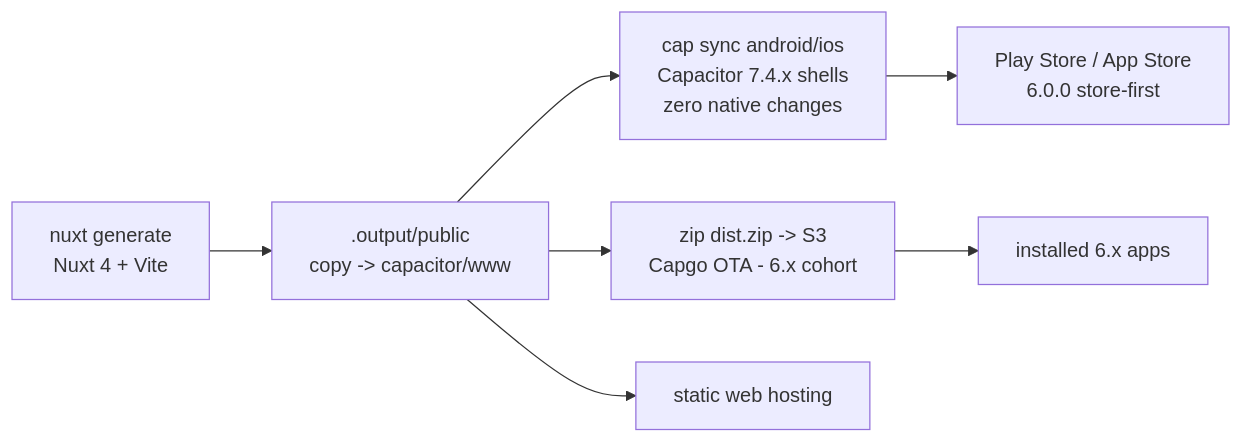
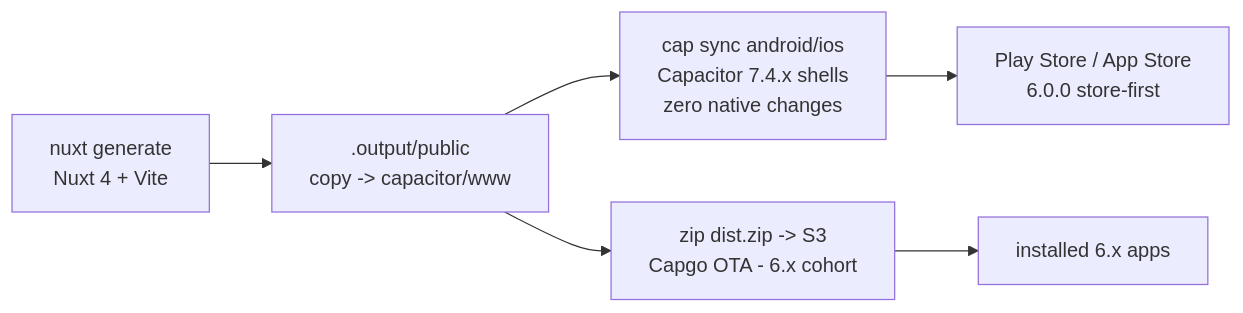
One commit to scbd/cbd-events changed the second of 2 diagrams in docs/nuxt4-upgrade-plan.md. Above: the diagram before and after it, drawn with Mermaid. The commit also changed other lines of this file, not shown here.

First line of the commit message:
DEV-1106 Adopt Bootstrap 5 in the plan and drop the web deployment target

````diff
--- a/docs/nuxt4-upgrade-plan.md
+++ b/docs/nuxt4-upgrade-plan.md
@@ -56,9 +55,8 @@
 ```mermaid
 flowchart LR
   A[nuxt generate<br/>Nuxt 4 + Vite] --> B[.output/public<br/>copy -> capacitor/www]
   B --> C[cap sync android/ios<br/>Capacitor 7.4.x shells<br/>zero native changes]
   B --> D[zip dist.zip -> S3<br/>Capgo OTA - 6.x cohort]
-  B --> E[static web hosting]
   C --> F[Play Store / App Store<br/>6.0.0 store-first]
   D --> G[installed 6.x apps]
 ```
````
